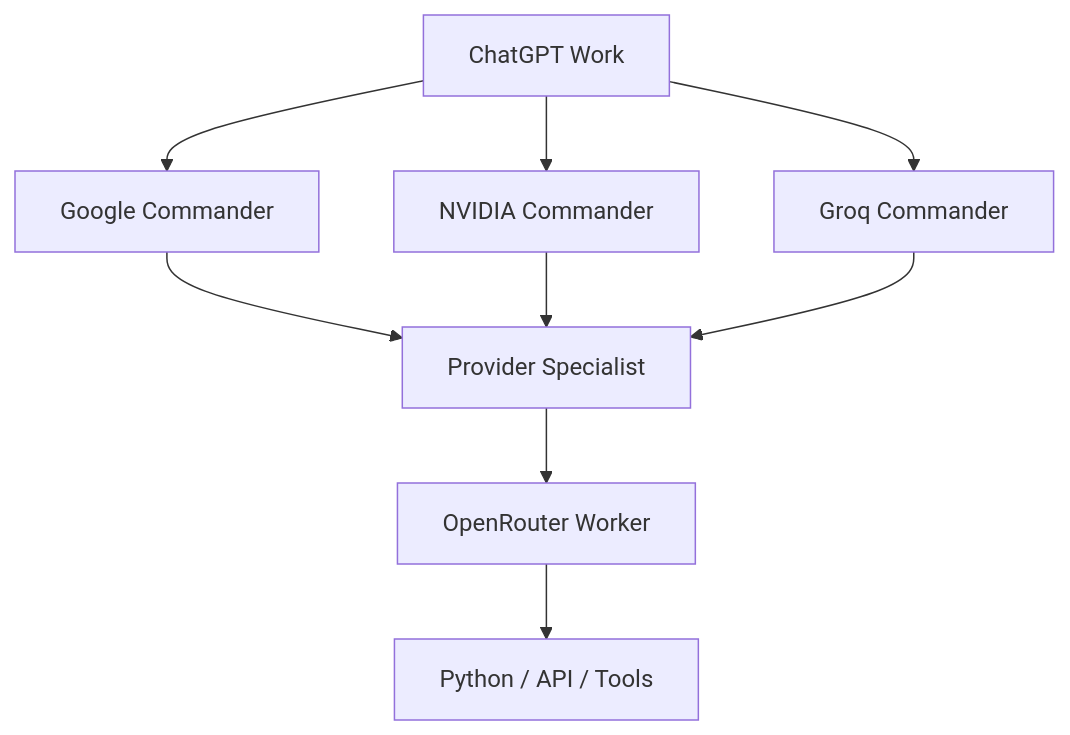
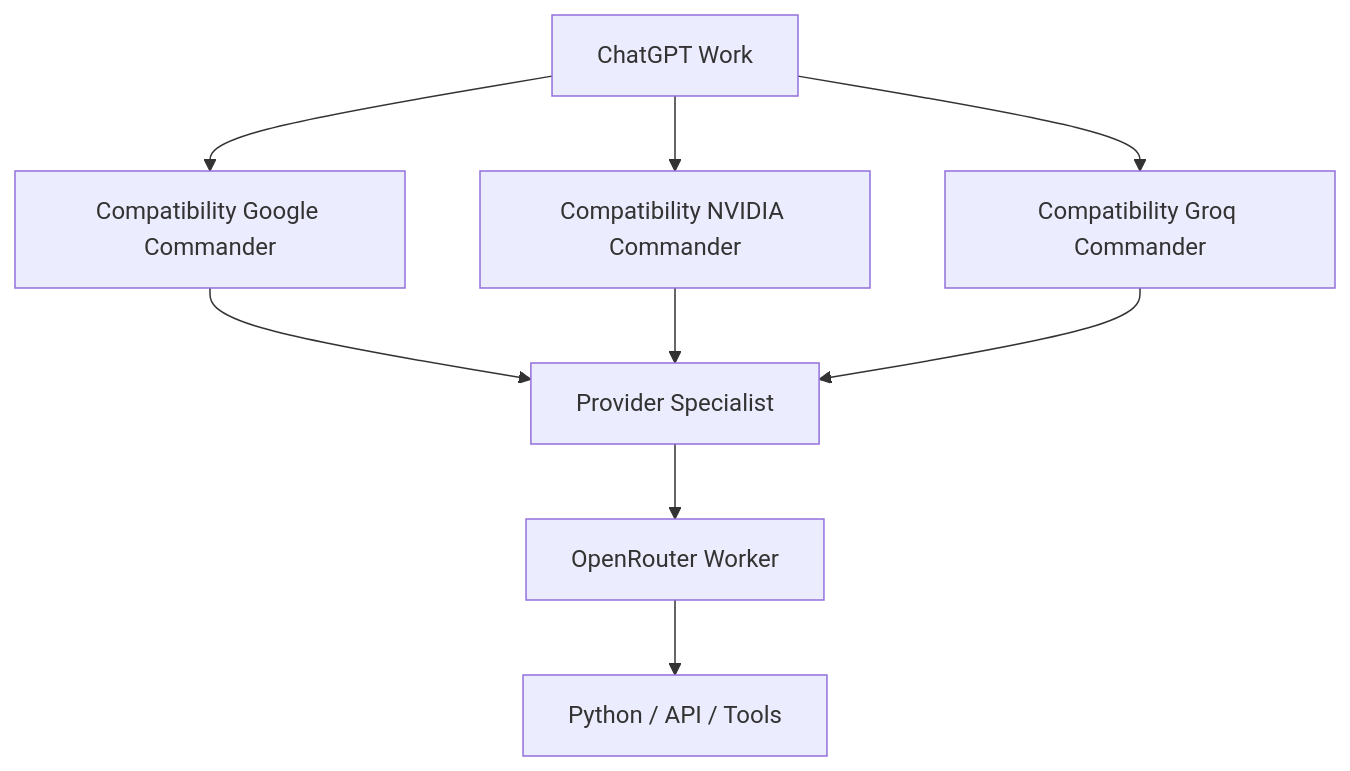
Before and after one commit to nyu1791-collab/hf-site-agent: the diagram in docs/HIERARCHICAL_RUNTIME.md, drawn with Mermaid. The commit also changed other lines of this file, not shown here.

Commit message:
docs: mark hierarchical runtime as compatibility implementation

````diff
--- a/docs/HIERARCHICAL_RUNTIME.md
+++ b/docs/HIERARCHICAL_RUNTIME.md
@@ -18,11 +26,11 @@
 ```mermaid
 flowchart TD
-  C[ChatGPT Work] --> G[Google Commander]
-  C --> N[NVIDIA Commander]
-  C --> R[Groq Commander]
+  C[ChatGPT Work] --> G[Compatibility Google Commander]
+  C --> N[Compatibility NVIDIA Commander]
+  C --> R[Compatibility Groq Commander]
   G --> S[Provider Specialist]
   N --> S
   R --> S
   S --> W[OpenRouter Worker]
   W --> P[Python / API / Tools]
 ```
````
